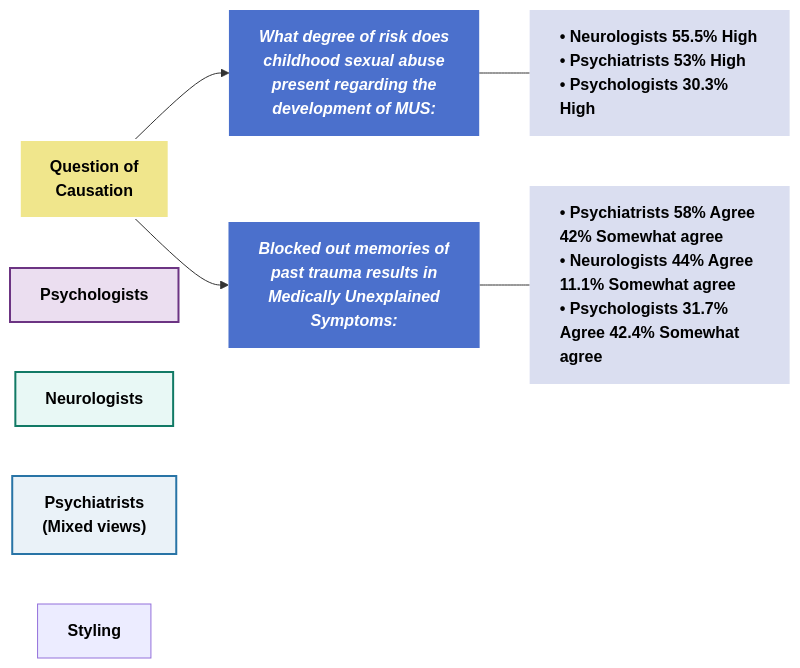
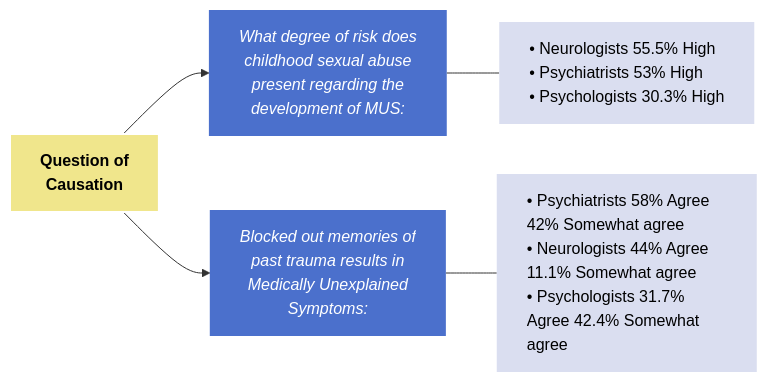
One commit to NoeticRevelations/Toolkit changed the third of 3 diagrams in content/Lecture/Supporting MUS & PPS.md. Above: the diagram before and after it, drawn with Mermaid. The commit also changed other lines of this file, not shown here.

Commit message:
Published multiple files

````diff
--- a/content/Lecture/Supporting MUS & PPS.md
+++ b/content/Lecture/Supporting MUS & PPS.md
@@ -94,39 +122,25 @@
 ```mermaid
 graph LR
     %% Styling
-    classDef root fill:#fcf3cf,stroke:#b7950b,stroke-width:2px,color:#000,font-weight:bold,font-size:16px
-    classDef psych fill:#ebdef0,stroke:#6c3483,stroke-width:2px,color:#000,font-weight:bold
-    classDef neuro fill:#e8f8f5,stroke:#117a65,stroke-width:2px,color:#000,font-weight:bold
-    classDef psychi fill:#eaf2f8,stroke:#2874a6,stroke-width:2px,color:#000,font-weight:bold
-    classDef term fill:#ffffff,stroke:#7f8c8d,stroke-width:1px,color:#000
-
-    %% Nodes
-    Root["Best language to<br/>describe MUS"]:::root
-
-    Psych["Psychologists"]:::psych
-    Neuro["Neurologists"]:::neuro
-    Psychi["Psychiatrists<br/>(Mixed views)"]:::psychi
-
-     Styling
     classDef rootBox fill:#f0e68c,stroke:#fff,stroke-width:2px,color:#000,font-weight:bold,font-size:16px,text-align:center
     classDef qBox fill:#4b70cc,stroke:none,color:#fff,font-size:16px,font-style:italic,text-align:center
     classDef aBox fill:#dadef0,stroke:none,color:#000,font-size:16px,text-align:left
 
     %% Root Node
     Root["Question of<br/>Causation"]:::rootBox
 
     %% Question 1
     Q1["What degree of risk does<br/>childhood sexual abuse<br/>present regarding the<br/>development of MUS:"]:::qBox
     A1["• Neurologists 55.5% High<br/>• Psychiatrists 53% High<br/>• Psychologists 30.3% High"]:::aBox
     
     %% Question 2
     Q2["Blocked out memories of<br/>past trauma results in<br/>Medically Unexplained<br/>Symptoms:"]:::qBox
     A2["• Psychiatrists 58% Agree 42% Somewhat agree<br/>• Neurologists 44% Agree 11.1% Somewhat agree<br/>• Psychologists 31.7% Agree 42.4% Somewhat agree"]:::aBox
     
     %% Connections
     Root --> Q1
     Q1 --- A1
 
     Root --> Q2
     Q2 --- A2
 ```
````
